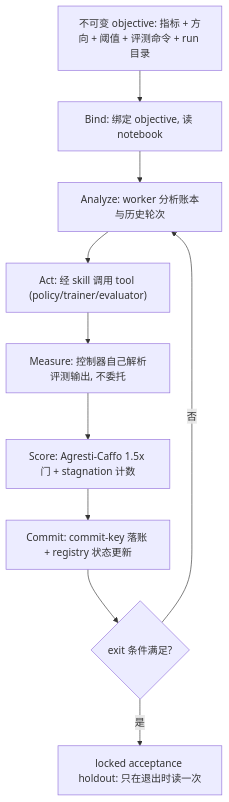
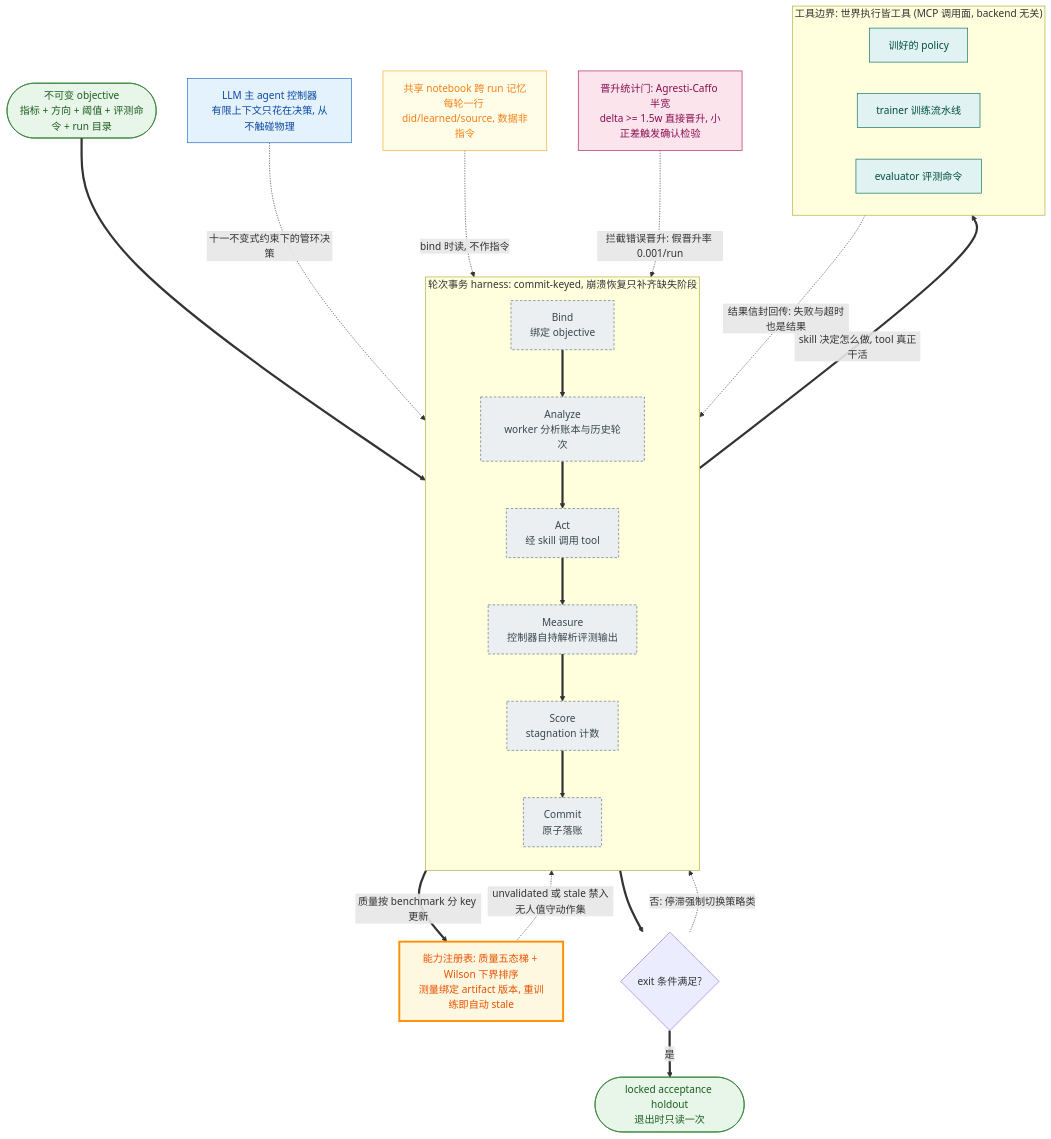
The diagram in notes/rl/agentic-robot/agentic-robotics-loop.md (luohu-arch/physical_intelligence_study), drawn with Mermaid before and after one commit. The commit also changed 153 other files, not shown here.

````diff
--- a/notes/rl/agentic-robot/agentic-robotics-loop.md
+++ b/notes/rl/agentic-robot/agentic-robotics-loop.md
@@ -50,12 +50,56 @@
 ```mermaid
-graph TD
-    OBJ["不可变 objective: 指标 + 方向 + 阈值 + 评测命令 + run 目录"] --> BIND["Bind: 绑定 objective, 读 notebook"]
-    BIND --> ANA["Analyze: worker 分析账本与历史轮次"]
-    ANA --> ACT["Act: 经 skill 调用 tool (policy/trainer/evaluator)"]
-    ACT --> MEA["Measure: 控制器自己解析评测输出, 不委托"]
-    MEA --> SCO["Score: Agresti-Caffo 1.5x 门 + stagnation 计数"]
-    SCO --> COM["Commit: commit-key 落账 + registry 状态更新"]
-    COM --> EXIT{"exit 条件满足?"}
-    EXIT -- "否" --> ANA
-    EXIT -- "是" --> ACC["locked acceptance holdout: 只在退出时读一次"]
+%%{init: {
+  'theme':'base',
+  'themeVariables':{
+    'primaryColor':'#fafbfd','primaryBorderColor':'#4a5d7d','primaryTextColor':'#1f2937',
+    'fontFamily':'"PingFang SC","Hiragino Sans GB","Microsoft YaHei",sans-serif',
+    'fontSize':'14px','clusterBkg':'#fbfcfe','clusterBorder':'#b9c6d8','edgeLabelBackground':'#ffffff'
+  },
+  'flowchart':{'curve':'basis','nodeSpacing':26,'rankSpacing':42,'padding':10}
+}}%%
+flowchart TD
+    OBJ(["不可变 objective<br/>指标 + 方向 + 阈值 + 评测命令 + run 目录"]):::data
+    CTRL["LLM 主 agent 控制器<br/>有限上下文只花在决策, 从不触碰物理"]:::frozen
+    NOTE["共享 notebook 跨 run 记忆<br/>每轮一行 did/learned/source, 数据非指令"]:::mem
+    REG["能力注册表: 质量五态梯 + Wilson 下界排序<br/>测量绑定 artifact 版本, 重训练即自动 stale"]:::key
+
+    subgraph TX["轮次事务 harness: commit-keyed, 崩溃恢复只补齐缺失阶段"]
+        direction TB
+        BIND["Bind<br/>绑定 objective"]:::loop ==> ANA["Analyze<br/>worker 分析账本与历史轮次"]:::loop
+        ANA ==> ACT["Act<br/>经 skill 调用 tool"]:::loop
+        ACT ==> MEA["Measure<br/>控制器自持解析评测输出"]:::loop
+        MEA ==> SCO["Score<br/>stagnation 计数"]:::loop
+        SCO ==> COM["Commit<br/>原子落账"]:::loop
+    end
+
+    subgraph TOOLS["工具边界: 世界执行皆工具 (MCP 调用面, backend 无关)"]
+        direction LR
+        POL["训好的 policy"]:::env
+        TRA["trainer 训练流水线"]:::env
+        EVAL["evaluator 评测命令"]:::env
+    end
+
+    GATE["晋升统计门: Agresti-Caffo 半宽<br/>delta >= 1.5w 直接晋升, 小正差触发确认检验"]:::reward
+    EXIT{"exit 条件满足?"}
+    ACC(["locked acceptance holdout<br/>退出时只读一次"]):::data
+
+    OBJ ==> BIND
+    CTRL -.->|"十一不变式约束下的管环决策"| BIND
+    NOTE -.->|"bind 时读, 不作指令"| BIND
+    ACT ==>|"skill 决定怎么做, tool 真正干活"| TOOLS
+    TOOLS -.->|"结果信封回传: 失败与超时也是结果"| MEA
+    GATE -.->|"拦截错误晋升: 假晋升率 0.001/run"| SCO
+    REG -.->|"unvalidated 或 stale 禁入无人值守动作集"| ACT
+    COM ==>|"质量按 benchmark 分 key 更新"| REG
+    COM ==> EXIT
+    EXIT -.->|"否: 停滞强制切换策略类"| ANA
+    EXIT ==>|"是"| ACC
+
+    classDef data fill:#e8f5e9,stroke:#2e7d32,color:#1b5e20
+    classDef frozen fill:#e3f2fd,stroke:#1565c0,color:#0d47a1
+    classDef loop fill:#eceff1,stroke:#546e7a,stroke-dasharray:4 3,color:#37474f
+    classDef env fill:#e0f2f1,stroke:#00695c,color:#004d40
+    classDef mem fill:#fffde7,stroke:#f9a825,color:#f57f17
+    classDef reward fill:#fce4ec,stroke:#ad1457,color:#880e4f
+    classDef key fill:#fff8e1,stroke:#ff8f00,stroke-width:3px,color:#e65100
 ```
````
